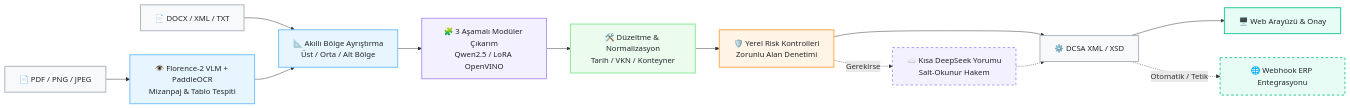
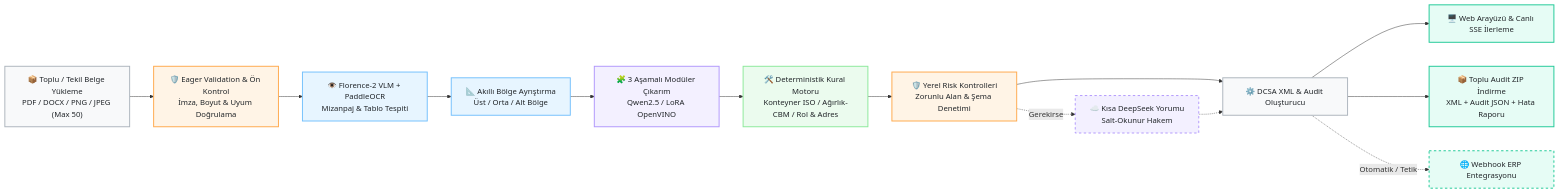
Before and after one commit to mecik-arda/CerberusVision: the diagram in README.md, drawn with Mermaid. The commit also changed other lines of this file and 11 other files, not shown here.

````diff
--- a/README.md
+++ b/README.md
@@ -20,26 +20,28 @@
 ```mermaid
 graph LR
-    A[📄 PDF / PNG / JPEG] --> B[👁️ Florence-2 VLM + PaddleOCR<br/>Mizanpaj & Tablo Tespiti]
-    T[📄 DOCX / XML / TXT] --> C
-    B --> C[📐 Akıllı Bölge Ayrıştırma<br/>Üst / Orta / Alt Bölge]
-    C --> D[🧩 3 Aşamalı Modüler Çıkarım<br/>Qwen2.5 / LoRA OpenVINO]
-    D --> E[🛠️ Düzeltme & Normalizasyon<br/>Tarih / VKN / Konteyner]
-    E --> F[🛡️ Yerel Risk Kontrolleri<br/>Zorunlu Alan Denetimi]
-    F -.->|Gerekirse| G[☁️ Kısa DeepSeek Yorumu<br/>Salt-Okunur Hakem]
-    F --> H[⚙️ DCSA XML / XSD]
-    G -.-> H
-    H --> I[🖥️ Web Arayüzü & Onay]
-    H -.->|Otomatik / Tetik| J[🌐 Webhook ERP Entegrasyonu]
+    A["📦 Toplu / Tekil Belge Yükleme<br/>PDF / DOCX / PNG / JPEG (Max 50)"] --> B["🛡️ Eager Validation & Ön Kontrol<br/>İmza, Boyut & Uyum Doğrulama"]
+    B --> C["👁️ Florence-2 VLM + PaddleOCR<br/>Mizanpaj & Tablo Tespiti"]
+    C --> D["📐 Akıllı Bölge Ayrıştırma<br/>Üst / Orta / Alt Bölge"]
+    D --> E["🧩 3 Aşamalı Modüler Çıkarım<br/>Qwen2.5 / LoRA OpenVINO"]
+    E --> F["🛠️ Deterministik Kural Motoru<br/>Konteyner ISO / Ağırlık-CBM / Rol & Adres"]
+    F --> G["🛡️ Yerel Risk Kontrolleri<br/>Zorunlu Alan & Şema Denetimi"]
+    G -.->|Gerekirse| H["☁️ Kısa DeepSeek Yorumu<br/>Salt-Okunur Hakem"]
+    G --> I["⚙️ DCSA XML & Audit Oluşturucu"]
+    H -.-> I
+    I --> J["🖥️ Web Arayüzü & Canlı SSE İlerleme"]
+    I --> K["📦 Toplu Audit ZIP İndirme<br/>XML + Audit JSON + Hata Raporu"]
+    I -.->|Otomatik / Tetik| L["🌐 Webhook ERP Entegrasyonu"]
 
     style A fill:#f8f9fa,stroke:#adb5bd,stroke-width:2px,color:#212529
-    style T fill:#f8f9fa,stroke:#adb5bd,stroke-width:2px,color:#212529
-    style B fill:#e7f5ff,stroke:#74c0fc,stroke-width:2px,color:#212529
+    style B fill:#fff4e6,stroke:#ffa94d,stroke-width:2px,color:#212529
     style C fill:#e7f5ff,stroke:#74c0fc,stroke-width:2px,color:#212529
-    style D fill:#f3f0ff,stroke:#b197fc,stroke-width:2px,color:#212529
-    style E fill:#ebfbee,stroke:#8ce99a,stroke-width:2px,color:#212529
-    style F fill:#fff4e6,stroke:#ffa94d,stroke-width:2px,color:#212529
-    style G fill:#f3f0ff,stroke:#b197fc,stroke-width:2px,color:#212529,stroke-dasharray: 5 5
-    style H fill:#f8f9fa,stroke:#adb5bd,stroke-width:2px,color:#212529
-    style I fill:#e6fcf5,stroke:#20c997,stroke-width:2px,color:#212529
-    style J fill:#e6fcf5,stroke:#20c997,stroke-width:2px,color:#212529,stroke-dasharray: 5 5
+    style D fill:#e7f5ff,stroke:#74c0fc,stroke-width:2px,color:#212529
+    style E fill:#f3f0ff,stroke:#b197fc,stroke-width:2px,color:#212529
+    style F fill:#ebfbee,stroke:#8ce99a,stroke-width:2px,color:#212529
+    style G fill:#fff4e6,stroke:#ffa94d,stroke-width:2px,color:#212529
+    style H fill:#f3f0ff,stroke:#b197fc,stroke-width:2px,color:#212529,stroke-dasharray: 5 5
+    style I fill:#f8f9fa,stroke:#adb5bd,stroke-width:2px,color:#212529
+    style J fill:#e6fcf5,stroke:#20c997,stroke-width:2px,color:#212529
+    style K fill:#e6fcf5,stroke:#20c997,stroke-width:2px,color:#212529
+    style L fill:#e6fcf5,stroke:#20c997,stroke-width:2px,color:#212529,stroke-dasharray: 5 5
 ```
````
